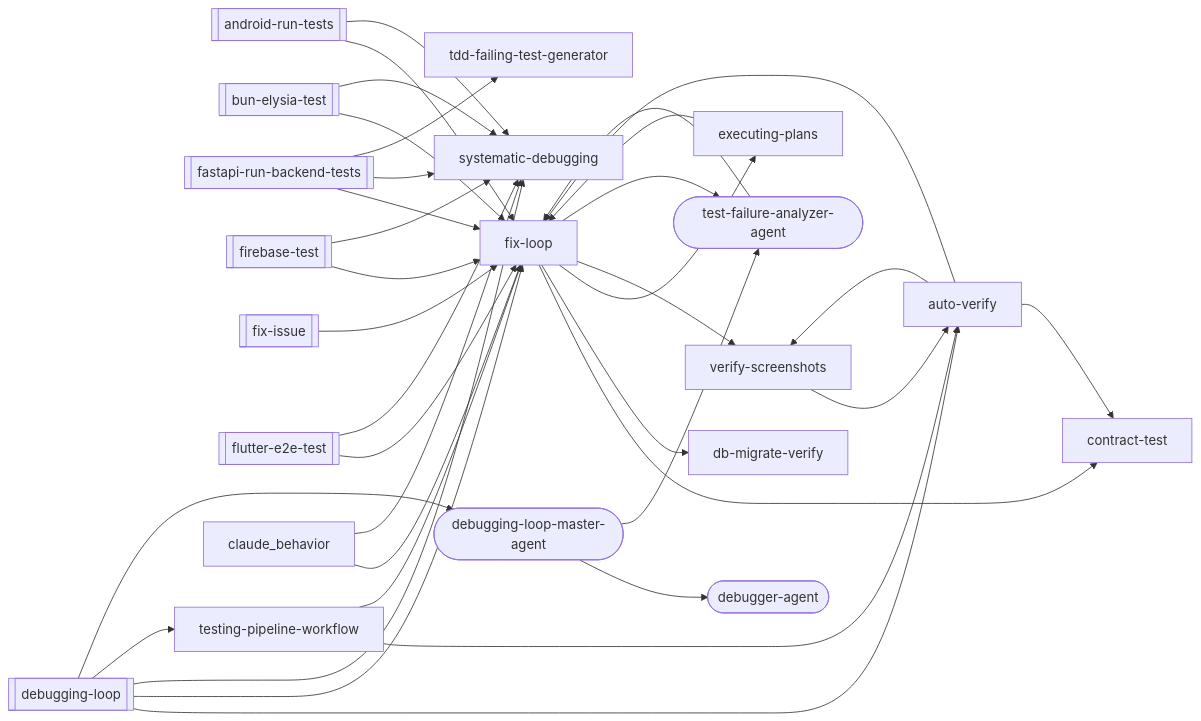
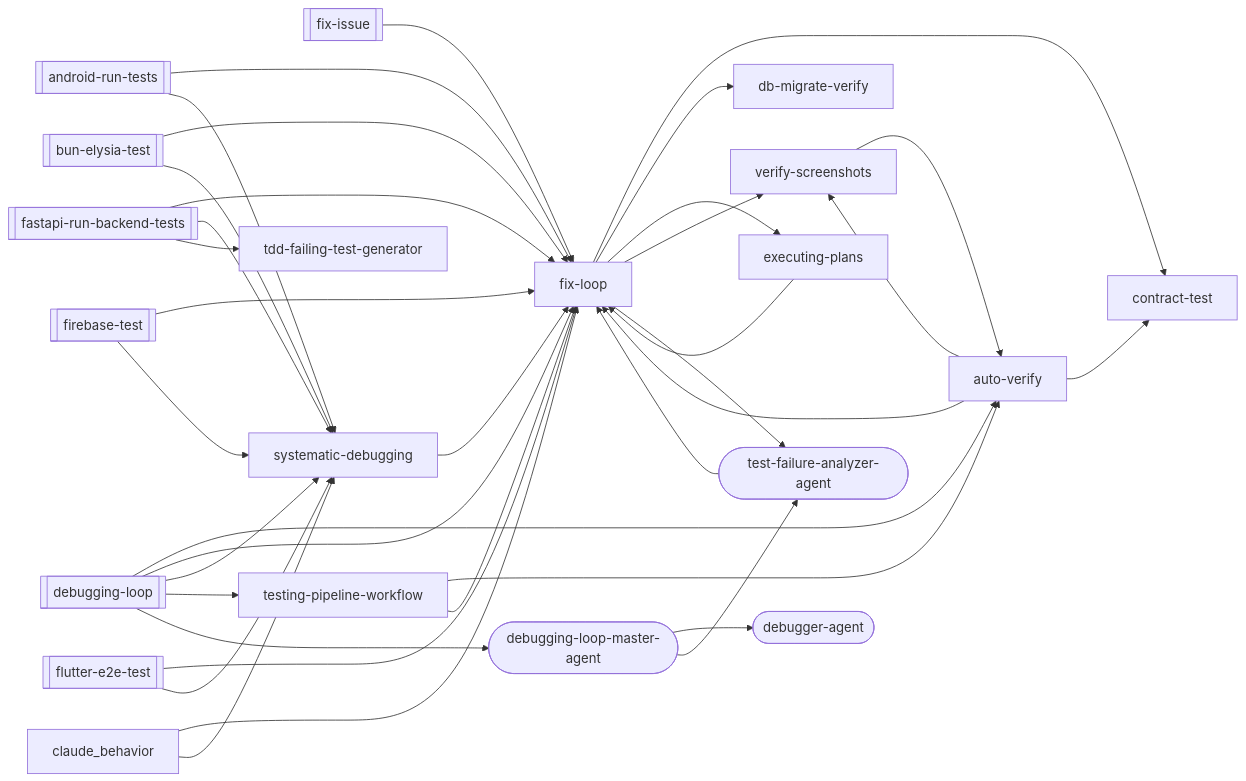
Before and after one commit to abhayla/claude-best-practices: the third of 20 diagrams in docs/workflows/debugging-loop.md, drawn with Mermaid. The commit also changed other lines of this file and 12 other files, not shown here.

````diff
--- a/docs/workflows/debugging-loop.md
+++ b/docs/workflows/debugging-loop.md
@@ -473,56 +478,57 @@
 ```mermaid
 graph LR
     android_run_tests[["android-run-tests"]]
     bun_elysia_test[["bun-elysia-test"]]
     debugging_loop[["debugging-loop"]]
     fastapi_run_backend_tests[["fastapi-run-backend-tests"]]
     firebase_test[["firebase-test"]]
     fix_issue[["fix-issue"]]
     flutter_e2e_test[["flutter-e2e-test"]]
     auto_verify["auto-verify"]
     contract_test["contract-test"]
     db_migrate_verify["db-migrate-verify"]
     debugger_agent(["debugger-agent"])
     debugging_loop_master_agent(["debugging-loop-master-agent"])
     executing_plans["executing-plans"]
     fix_loop["fix-loop"]
     systematic_debugging["systematic-debugging"]
     tdd_failing_test_generator["tdd-failing-test-generator"]
     test_failure_analyzer_agent(["test-failure-analyzer-agent"])
     testing_pipeline_workflow["testing-pipeline-workflow"]
     verify_screenshots["verify-screenshots"]
     android_run_tests --> fix_loop
     android_run_tests --> systematic_debugging
     auto_verify --> contract_test
     auto_verify --> fix_loop
     auto_verify --> verify_screenshots
     bun_elysia_test --> fix_loop
     bun_elysia_test --> systematic_debugging
     debugging_loop --> auto_verify
     debugging_loop --> fix_loop
     debugging_loop --> systematic_debugging
     debugging_loop --> testing_pipeline_workflow
     debugging_loop --> debugging_loop_master_agent
     executing_plans --> fix_loop
     fastapi_run_backend_tests --> fix_loop
     fastapi_run_backend_tests --> systematic_debugging
     fastapi_run_backend_tests --> tdd_failing_test_generator
     firebase_test --> fix_loop
     firebase_test --> systematic_debugging
     fix_issue --> fix_loop
     fix_loop --> contract_test
     fix_loop --> db_migrate_verify
     fix_loop --> executing_plans
     fix_loop --> verify_screenshots
     fix_loop --> test_failure_analyzer_agent
     flutter_e2e_test --> fix_loop
     flutter_e2e_test --> systematic_debugging
+    systematic_debugging --> fix_loop
     testing_pipeline_workflow --> auto_verify
     testing_pipeline_workflow --> fix_loop
     verify_screenshots --> auto_verify
     debugging_loop_master_agent --> debugger_agent
     debugging_loop_master_agent --> test_failure_analyzer_agent
     test_failure_analyzer_agent --> fix_loop
     claude_behavior --> fix_loop
     claude_behavior --> systematic_debugging
 ```
````
